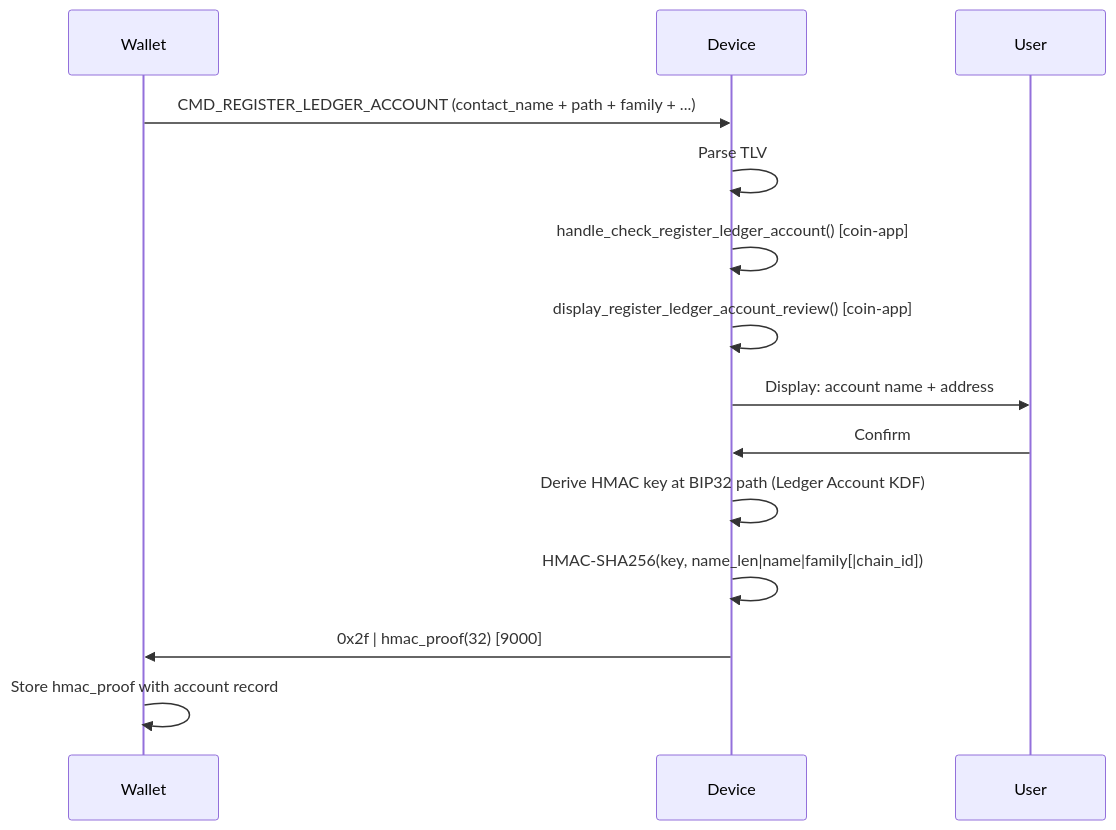
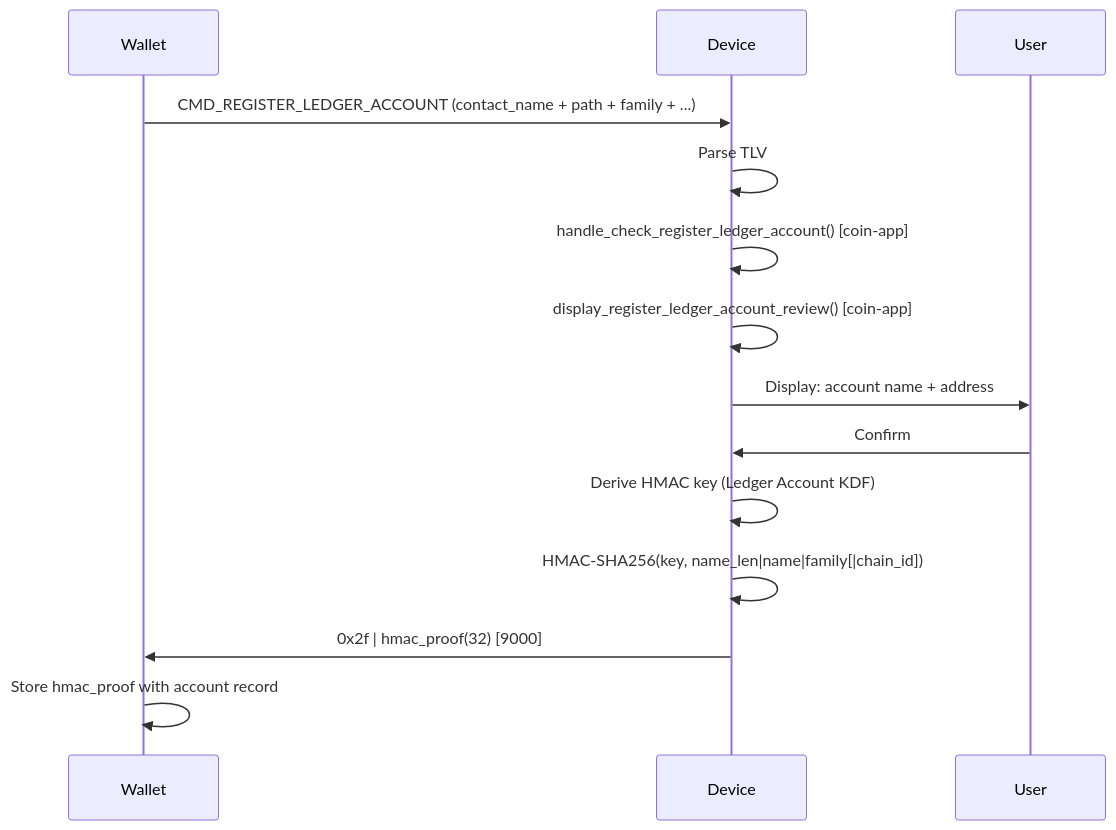
Before and after one commit to LedgerHQ/ledger-secure-sdk: the seventh of 10 diagrams in app_features/address_book/doc/address_book_spec.md, drawn with Mermaid. The commit also changed other lines of this file and 7 other files, not shown here.

Commit message:
Remove useless bip32 path for crypto functions

````diff
--- a/app_features/address_book/doc/address_book_spec.md
+++ b/app_features/address_book/doc/address_book_spec.md
@@ -533,14 +533,14 @@
 ```mermaid
 sequenceDiagram
 
     Wallet->>Device: CMD_REGISTER_LEDGER_ACCOUNT (contact_name + path + family + ...)
     Device->>Device: Parse TLV
     Device->>Device: handle_check_register_ledger_account() [coin-app]
     Device->>Device: display_register_ledger_account_review() [coin-app]
     Device->>User: Display: account name + address
     User->>Device: Confirm
-    Device->>Device: Derive HMAC key at BIP32 path (Ledger Account KDF)
+    Device->>Device: Derive HMAC key (Ledger Account KDF)
     Device->>Device: HMAC-SHA256(key, name_len|name|family[|chain_id])
     Device->>Wallet: 0x2f | hmac_proof(32)  [9000]
     Wallet->>Wallet: Store hmac_proof with account record
 ```
````
